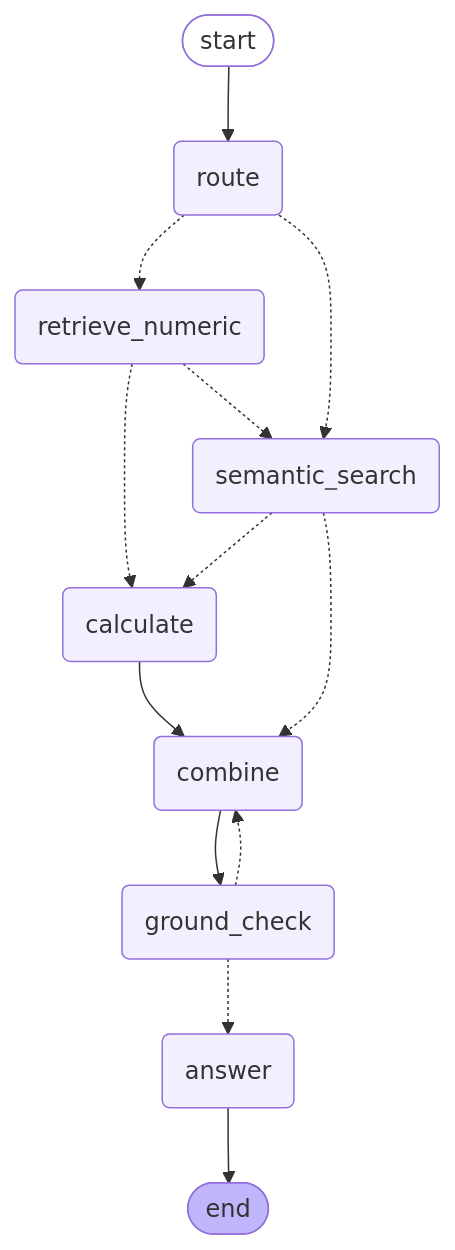
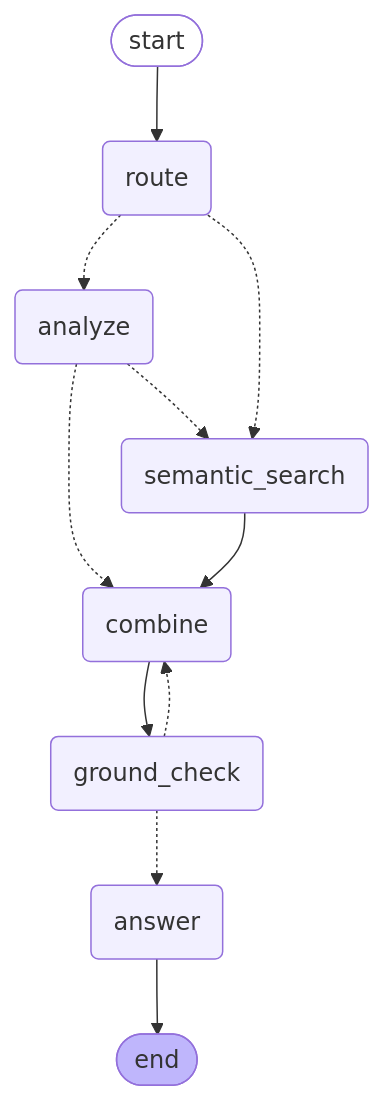
Before and after one commit to ebsoftwareservices/hackaton-cognitivo: the diagram in agent/workflow.md, drawn with Mermaid. The commit also changed 5 other files, not shown here.

````diff
--- a/agent/workflow.md
+++ b/agent/workflow.md
@@ -1,27 +1,24 @@
 ```mermaid
 graph TD;
     __start__([start]):::first
     route(route)
-    retrieve_numeric(retrieve_numeric)
+    analyze(analyze)
     semantic_search(semantic_search)
-    calculate(calculate)
     combine(combine)
     ground_check(ground_check)
     answer(answer)
     __end__([end]):::last
     __start__ --> route;
-    route -.-> retrieve_numeric;
+    route -.-> analyze;
     route -.-> semantic_search;
-    retrieve_numeric -.-> calculate;
-    retrieve_numeric -.-> semantic_search;
-    semantic_search -.-> calculate;
-    semantic_search -.-> combine;
-    calculate --> combine;
+    analyze -.-> combine;
+    analyze -.-> semantic_search;
+    semantic_search --> combine;
     combine --> ground_check;
     ground_check -.-> answer;
     ground_check -.-> combine;
     answer --> __end__;
     classDef default fill:#f2f0ff,line-height:1.2
     classDef first fill-opacity:0
     classDef last fill:#bfb6fc
 ```
````
